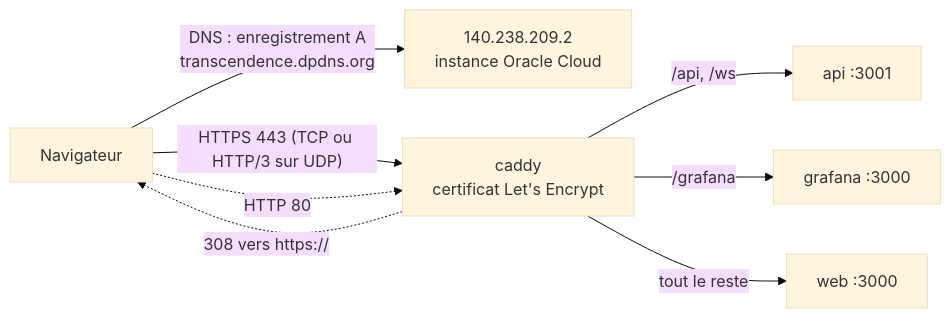
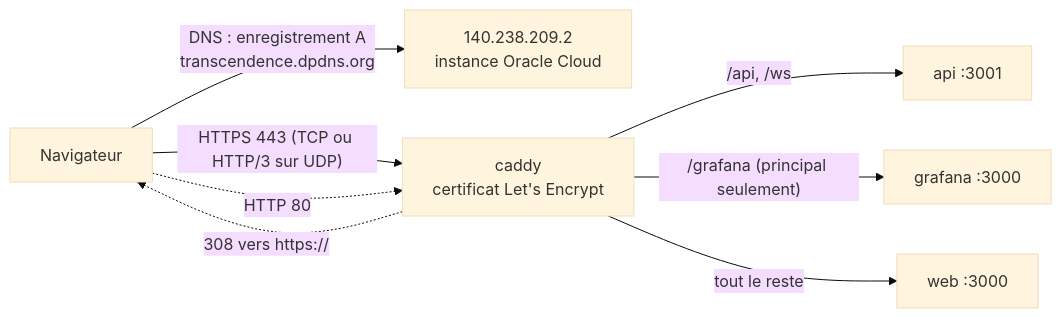
One commit to VictorBro/ft_transcendence changed the diagram in docs-fr/modules/custom-cloud-deploy.md. Above: the diagram before and after it, drawn with Mermaid (base theme). The commit also changed other lines of this file and 223 other files, not shown here.

````diff
--- a/docs-fr/modules/custom-cloud-deploy.md
+++ b/docs-fr/modules/custom-cloud-deploy.md
@@ -81,10 +87,10 @@
 ```mermaid
 flowchart LR
     B[Navigateur] -- "DNS : enregistrement A\ntranscendence.dpdns.org" --> IP["140.238.209.2\ninstance Oracle Cloud"]
     B -- "HTTPS 443 (TCP ou HTTP/3 sur UDP)" --> C["caddy\ncertificat Let's Encrypt"]
     B -. "HTTP 80" .-> C
     C -. "308 vers https://" .-> B
     C -- "/api, /ws" --> A["api :3001"]
-    C -- "/grafana" --> G["grafana :3000"]
+    C -- "/grafana (principal seulement)" --> G["grafana :3000"]
     C -- "tout le reste" --> W["web :3000"]
 ```
````
